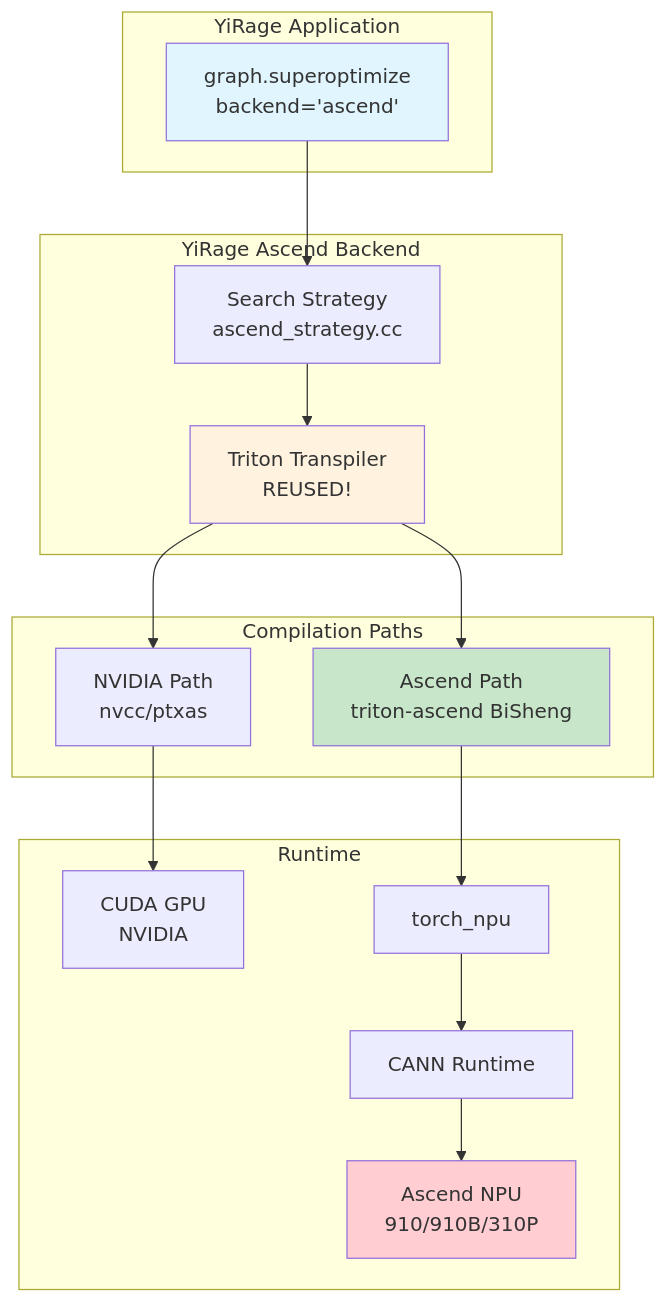
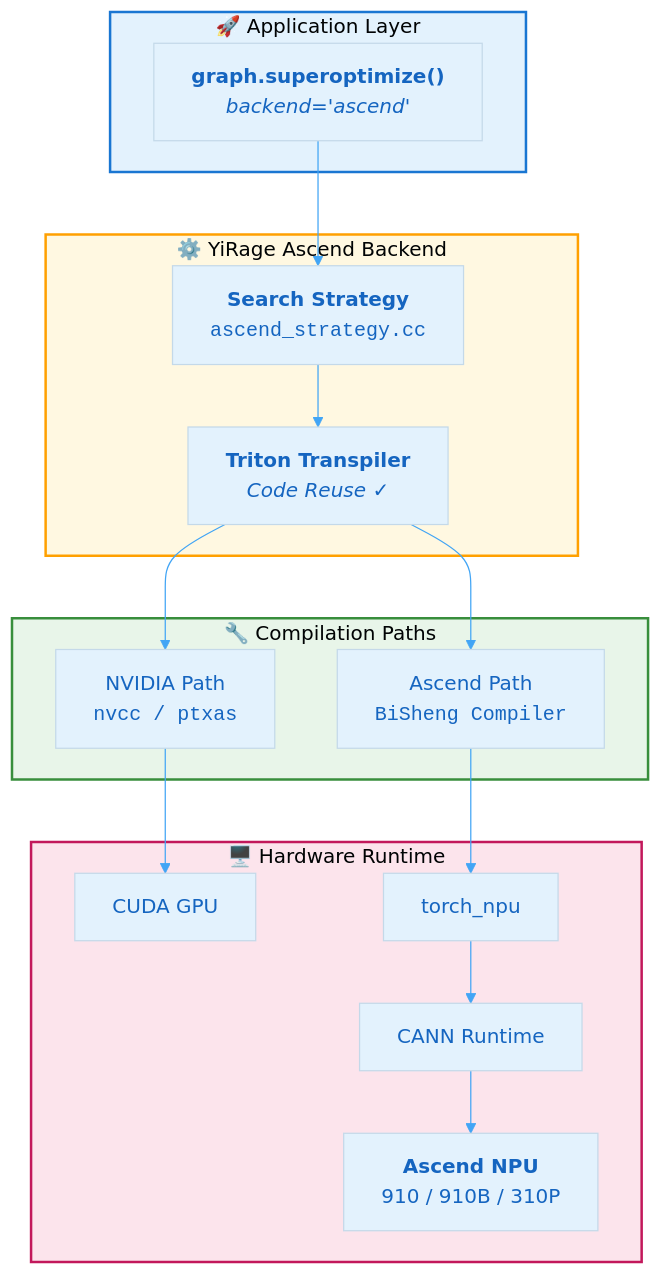
Before and after one commit to chenxingqiang/YiRage: the diagram in docs/ascend_integration_architecture.md, drawn with Mermaid. The commit also changed 3 other files, not shown here.

First line of the commit message:
docs: upgrade Mermaid diagrams to professional style

````diff
--- a/docs/ascend_integration_architecture.md
+++ b/docs/ascend_integration_architecture.md
@@ -7,35 +7,35 @@
 ```mermaid
+%%{init: {'theme': 'base', 'themeVariables': { 'primaryColor': '#e3f2fd', 'primaryTextColor': '#1565c0', 'lineColor': '#42a5f5'}}}%%
 flowchart TB
-    subgraph "YiRage Application"
-        A[graph.superoptimize<br/>backend='ascend']
+    subgraph APP["🚀 Application Layer"]
+        A["<b>graph.superoptimize()</b><br/><i>backend='ascend'</i>"]
     end
 
-    subgraph "YiRage Ascend Backend"
-        B[Search Strategy<br/>ascend_strategy.cc]
-        C[Triton Transpiler<br/>REUSED!]
-        
+    subgraph BACKEND["⚙️ YiRage Ascend Backend"]
+        B["<b>Search Strategy</b><br/><code>ascend_strategy.cc</code>"]
+        C["<b>Triton Transpiler</b><br/><i>Code Reuse ✓</i>"]
         B --> C
     end
 
-    subgraph "Compilation Paths"
-        D[NVIDIA Path<br/>nvcc/ptxas]
-        E[Ascend Path<br/>triton-ascend BiSheng]
+    subgraph COMPILE["🔧 Compilation Paths"]
+        D["NVIDIA Path<br/><code>nvcc / ptxas</code>"]
+        E["Ascend Path<br/><code>BiSheng Compiler</code>"]
     end
 
-    subgraph "Runtime"
-        F[CUDA GPU<br/>NVIDIA]
-        G[torch_npu]
-        H[CANN Runtime]
-        I[Ascend NPU<br/>910/910B/310P]
+    subgraph RUNTIME["🖥️ Hardware Runtime"]
+        F["CUDA GPU"]
+        G["torch_npu"]
+        H["CANN Runtime"]
+        I["<b>Ascend NPU</b><br/>910 / 910B / 310P"]
     end
 
     A --> B
     C --> D & E
     D --> F
     E --> G --> H --> I
 
-    style A fill:#e1f5fe
-    style C fill:#fff3e0
-    style E fill:#c8e6c9
-    style I fill:#ffcdd2
+    style APP fill:#e3f2fd,stroke:#1976d2,stroke-width:2px
+    style BACKEND fill:#fff8e1,stroke:#ffa000,stroke-width:2px
+    style COMPILE fill:#e8f5e9,stroke:#388e3c,stroke-width:2px
+    style RUNTIME fill:#fce4ec,stroke:#c2185b,stroke-width:2px
 ```
````
